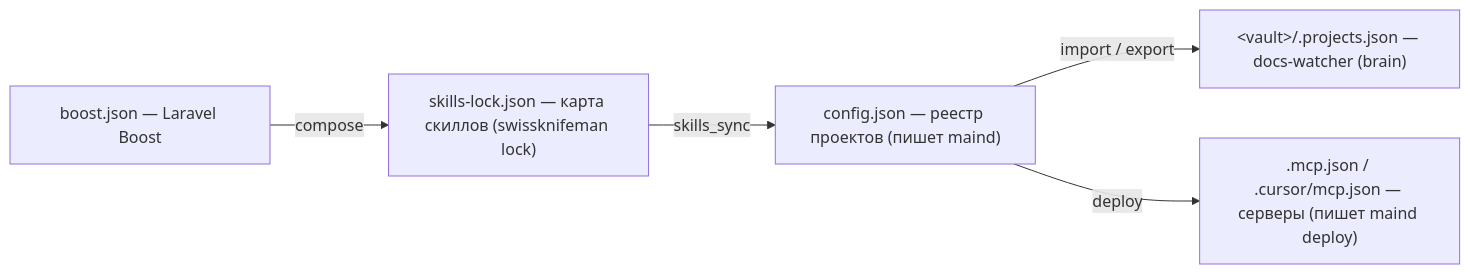
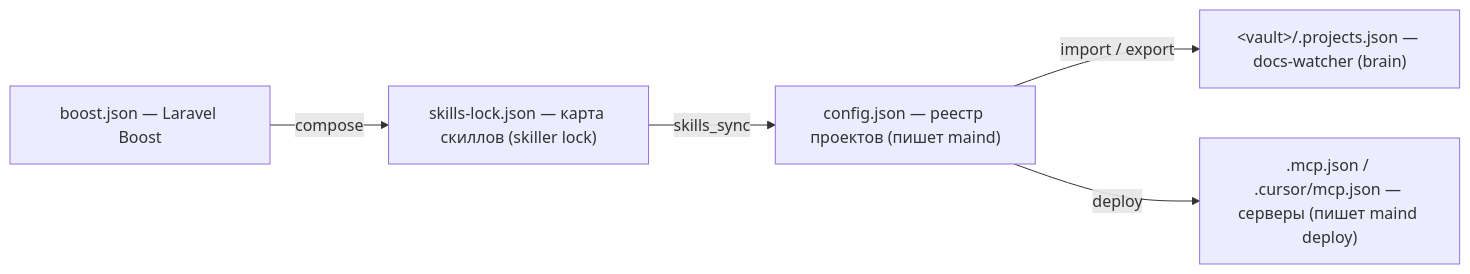
One commit to academici/swissknifeman changed the fifth of 6 diagrams in packages/maind/docs/ecosystem.md. Above: the diagram before and after it, drawn with Mermaid. The commit also changed other lines of this file and 1304 other files, not shown here.

First line of the commit message:
refactor: пакет swissknifeman → skiller, единый словарь имён MCP/хаба

````diff
--- a/packages/maind/docs/ecosystem.md
+++ b/packages/maind/docs/ecosystem.md
@@ -118,12 +118,12 @@
 ```mermaid
 flowchart LR
   MJ["config.json — реестр проектов (пишет maind)"]
   PJ["&lt;vault&gt;/.projects.json — docs-watcher (brain)"]
-  SL["skills-lock.json — карта скиллов (swissknifeman lock)"]
+  SL["skills-lock.json — карта скиллов (skiller lock)"]
   BJ["boost.json — Laravel Boost"]
   MC[".mcp.json / .cursor/mcp.json — серверы (пишет maind deploy)"]
   BJ -->|compose| SL
   SL -->|skills_sync| MJ
   MJ -->|import / export| PJ
   MJ -->|deploy| MC
 ```
````
